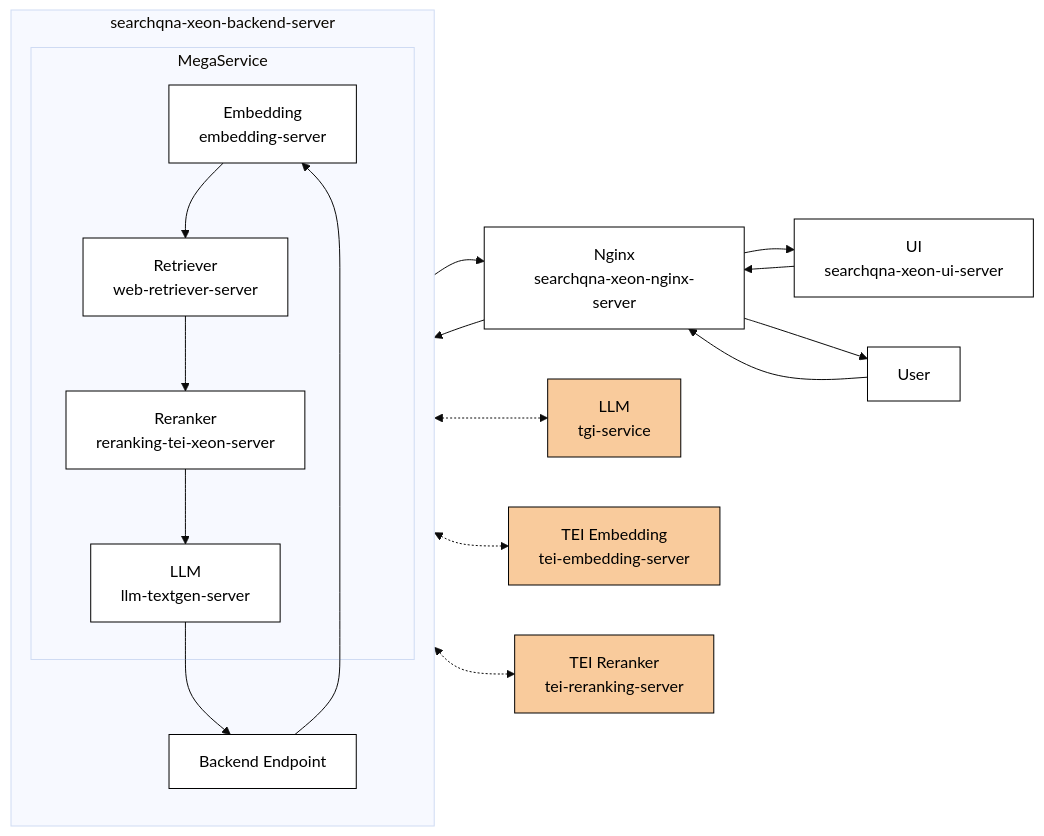
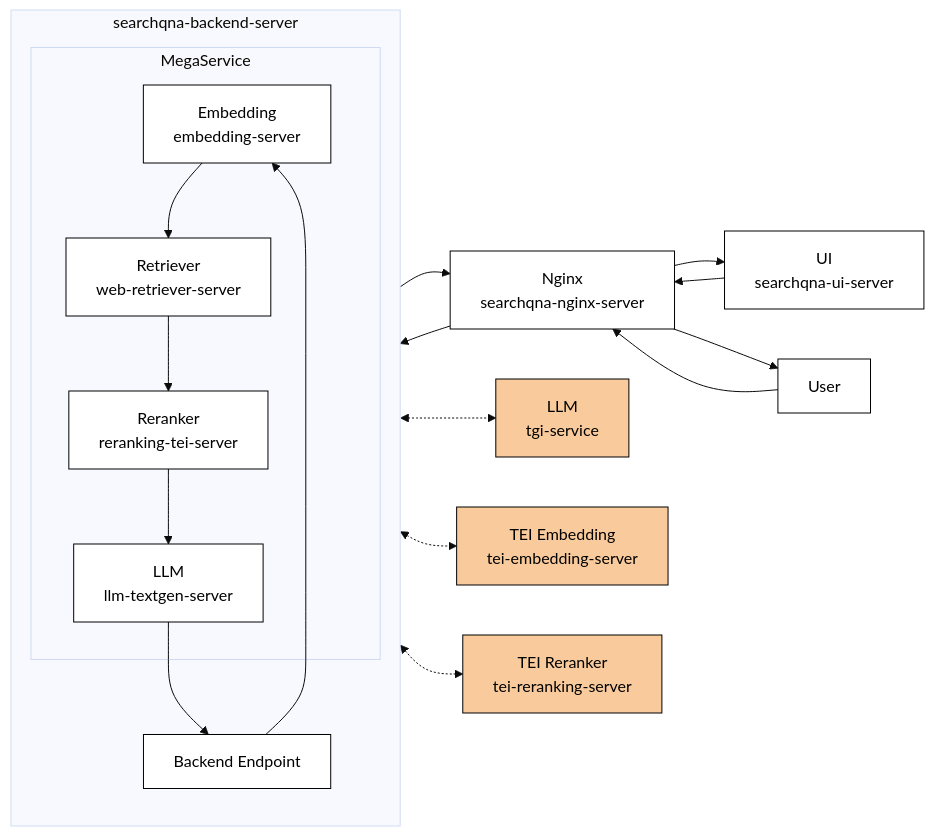
One commit to opea-project/GenAIExamples changed the diagram in SearchQnA/README.md. Above: the diagram before and after it, drawn with Mermaid (base theme).

Commit message:
Generalize the SearchQnA diagram so its not xeon specific

````diff
--- a/SearchQnA/README.md
+++ b/SearchQnA/README.md
@@ -25,34 +25,34 @@
 ```mermaid
+%% Orange are microservices from third parties that are 'wrapped' as OPEA components.
 flowchart LR
-    User["User"] --> Nginx["Nginx<br>searchqna-xeon-nginx-server"]
-    Nginx --> UI["UI<br>searchqna-xeon-ui-server"] & Gateway & User
+    User["User"] --> Nginx["Nginx<br>searchqna-nginx-server"]
+    Nginx --> UI["UI<br>searchqna-ui-server"] & Gateway & User
     UI --> Nginx
     Gateway --> Nginx & Embedding
     Embedding --> Retriever
     Retriever --> Reranker
     Reranker --> LLM
     LLM --> Gateway
     LLM <-.-> TGI_Service["LLM<br>tgi-service"]
     Embedding <-.-> TEI_Embedding["TEI Embedding<br>tei-embedding-server"]
     Reranker <-.-> TEI_Reranker["TEI Reranker<br>tei-reranking-server"]
 
      TEI_Embedding:::ext
      TEI_Reranker:::ext
      TGI_Service:::ext
 
  subgraph MegaService["MegaService"]
         LLM["LLM<br>llm-textgen-server"]
-        Reranker["Reranker<br>reranking-tei-xeon-server"]
+        Reranker["Reranker<br>reranking-tei-server"]
         Retriever["Retriever<br>web-retriever-server"]
         Embedding["Embedding<br>embedding-server"]
   end
- subgraph Backend["searchqna-xeon-backend-server"]
+ subgraph Backend["searchqna-backend-server"]
     direction TB
         MegaService
         Gateway["Backend Endpoint"]
  end
     classDef default fill:#fff,stroke:#000,color:#000
     classDef ext fill:#f9cb9c,stroke:#000,color:#000
     style MegaService margin-top:20px,margin-bottom:20px
-
 ```
````
